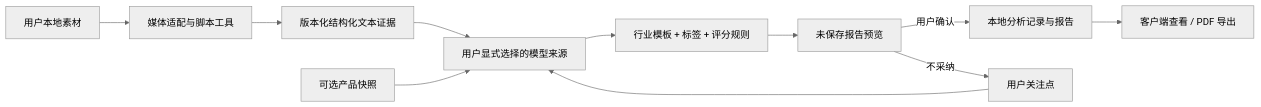
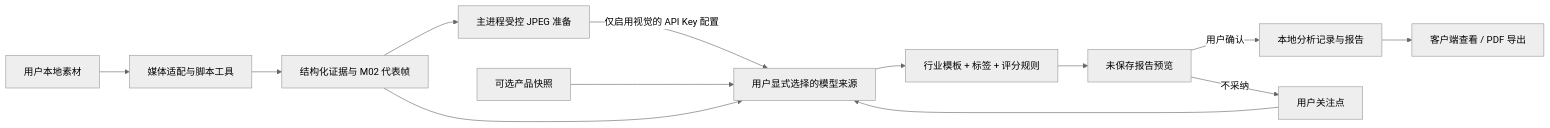
One commit to wzhic/material changed the sixth of 6 diagrams in docs/requirements/单素材分析-REQ-0005/单素材分析-REQ-0005-v1.0.md. Above: the diagram before and after it, drawn with Mermaid (neutral theme). The commit also changed other lines of this file and 38 other files, not shown here.

````diff
--- a/docs/requirements/单素材分析-REQ-0005/单素材分析-REQ-0005-v1.0.md
+++ b/docs/requirements/单素材分析-REQ-0005/单素材分析-REQ-0005-v1.0.md
@@ -594,13 +606,15 @@
 ```mermaid
 flowchart LR
     F[用户本地素材] --> M[媒体适配与脚本工具]
-    M --> E[版本化结构化文本证据]
+    M --> S[结构化证据与 M02 代表帧]
+    S --> C[主进程受控 JPEG 准备]
+    S --> V[用户显式选择的模型来源]
+    C -->|仅启用视觉的 API Key 配置| V
     P[可选产品快照] --> V
     U[用户关注点] --> V
-    E --> V[用户显式选择的模型来源]
-    V --> G[行业模板 + 标签 + 评分规则]
-    G --> R[未保存报告预览]
+    V --> G
+    G[行业模板 + 标签 + 评分规则] --> R[未保存报告预览]
     R -->|用户确认| D[本地分析记录与报告]
     R -->|不采纳| U
     D --> X[客户端查看 / PDF 导出]
 ```
````
